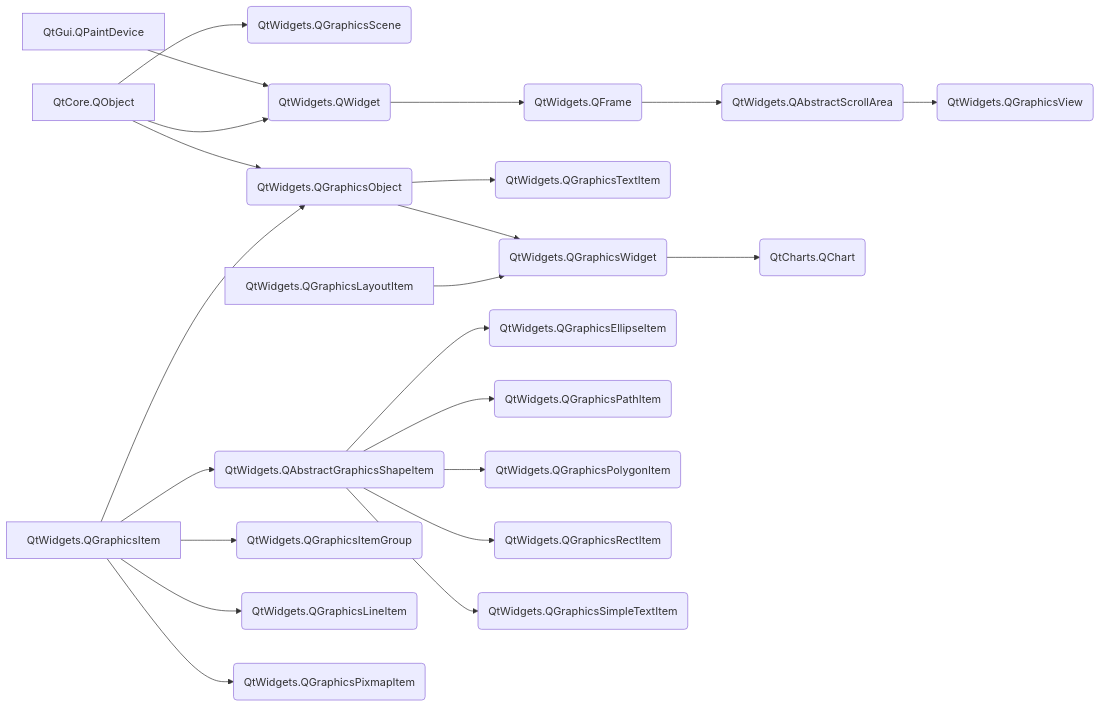
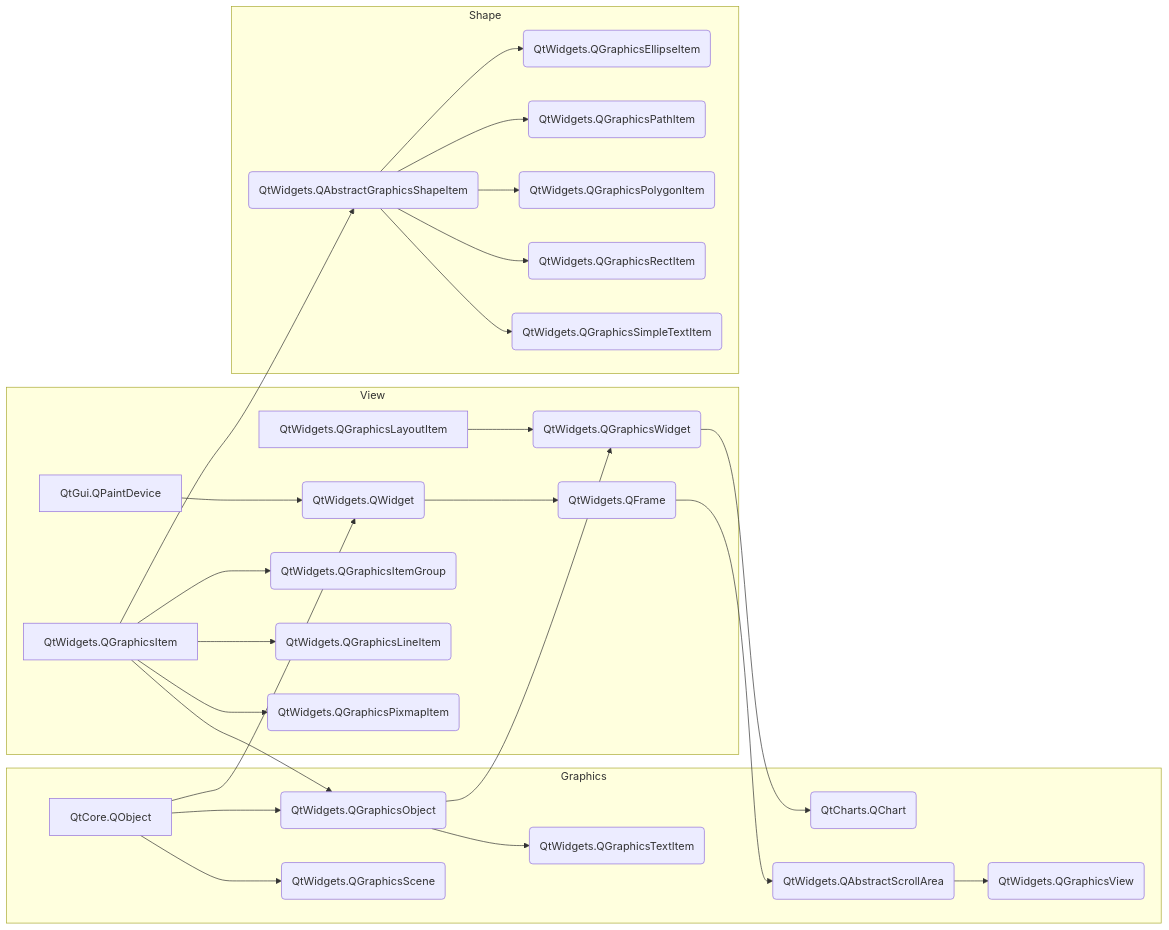
The diagram in README.md (xinetzone/xinet-tutorials), drawn with Mermaid before and after one commit. The commit also changed other lines of this file and 12 other files, not shown here.

````diff
--- a/README.md
+++ b/README.md
@@ -9,24 +9,32 @@
 ```mermaid
 graph LR
-W --> U(QtWidgets.QGraphicsScene)
+subgraph Graphics
+W[QtCore.QObject] --> F(QtWidgets.QGraphicsObject)
+F --> S(QtWidgets.QGraphicsTextItem)
+end
+subgraph View
+BB[QtWidgets.QGraphicsLayoutItem] --> AA
 A[QtGui.QPaintDevice] --> B(QtWidgets.QWidget)
-W[QtCore.QObject] --> B
 B --> C(QtWidgets.QFrame)
-C --> D(QtWidgets.QAbstractScrollArea)
-D -->E(QtWidgets.QGraphicsView)
-F --> S(QtWidgets.QGraphicsTextItem)
-F --> AA(QtWidgets.QGraphicsWidget)
-BB[QtWidgets.QGraphicsLayoutItem] --> AA
-AA --> AAA(QtCharts.QChart)
-W --> F(QtWidgets.QGraphicsObject)
-WW[QtWidgets.QGraphicsItem] --> F
-WW --> EE(QtWidgets.QAbstractGraphicsShapeItem)
 WW --> FF(QtWidgets.QGraphicsItemGroup)
 WW -->3F(QtWidgets.QGraphicsLineItem)
 WW --> 4F(QtWidgets.QGraphicsPixmapItem)
+W --> B
+WW --> F(QtWidgets.QGraphicsObject)
+F --> AA(QtWidgets.QGraphicsWidget)
+end
+subgraph Graphics
+AA --> AAA(QtCharts.QChart)
+C --> D(QtWidgets.QAbstractScrollArea)
+D -->E(QtWidgets.QGraphicsView)
+W --> U(QtWidgets.QGraphicsScene)
+end
+subgraph Shape
+WW[QtWidgets.QGraphicsItem] --> EE(QtWidgets.QAbstractGraphicsShapeItem)
 EE --> QQ(QtWidgets.QGraphicsEllipseItem)
 EE --> 3Q(QtWidgets.QGraphicsPathItem)
 EE --> 4Q(QtWidgets.QGraphicsPolygonItem)
 EE --> 5Q(QtWidgets.QGraphicsRectItem)
 EE --> 6Q(QtWidgets.QGraphicsSimpleTextItem)
+end
 ```
````
